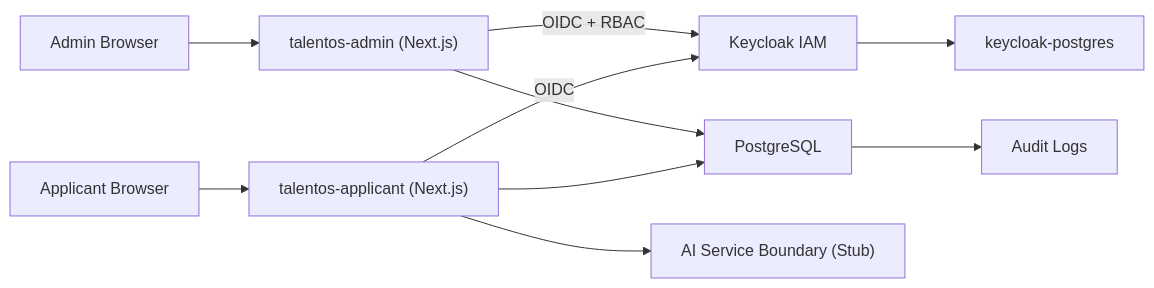
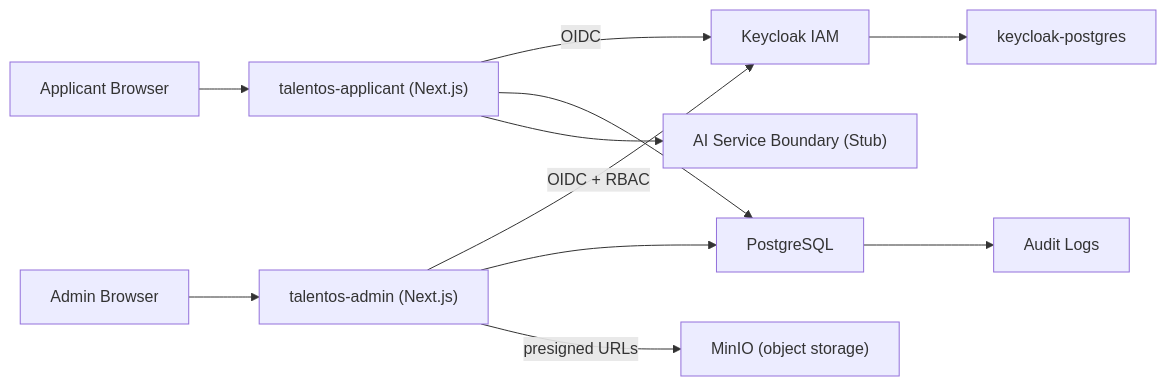
Before and after one commit to karimjindani/talentOS: the first of 3 diagrams in docs/Architecture.md, drawn with Mermaid. The commit also changed other lines of this file and 32 other files, not shown here.

First line of the commit message:
v0.7.0: Object storage foundation (MinIO, S3-compatible)

````diff
--- a/docs/Architecture.md
+++ b/docs/Architecture.md
@@ -45,12 +46,13 @@
 ```mermaid
 flowchart LR
     Applicant["Applicant Browser"] --> AppWeb["talentos-applicant (Next.js)"]
     Admin["Admin Browser"] --> AdminWeb["talentos-admin (Next.js)"]
     AppWeb -->|OIDC| KC["Keycloak IAM"]
     AdminWeb -->|OIDC + RBAC| KC
     KC --> KCDB["keycloak-postgres"]
     AppWeb --> DB["PostgreSQL"]
     AdminWeb --> DB
+    AdminWeb -->|presigned URLs| MinIO["MinIO (object storage)"]
     AppWeb --> AI["AI Service Boundary (Stub)"]
     DB --> Audit["Audit Logs"]
 ```
````
